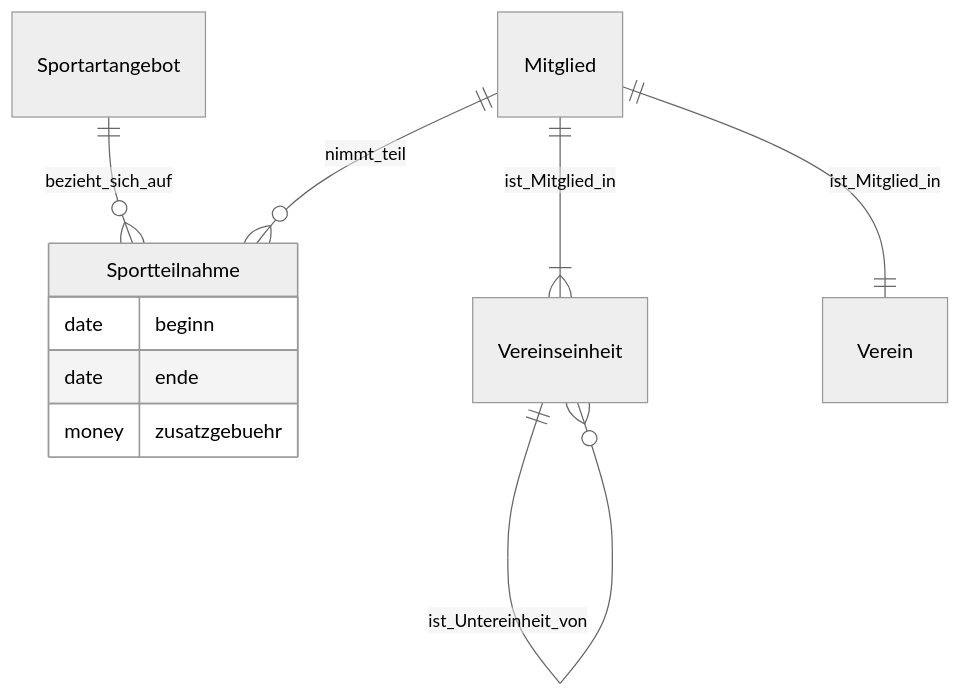
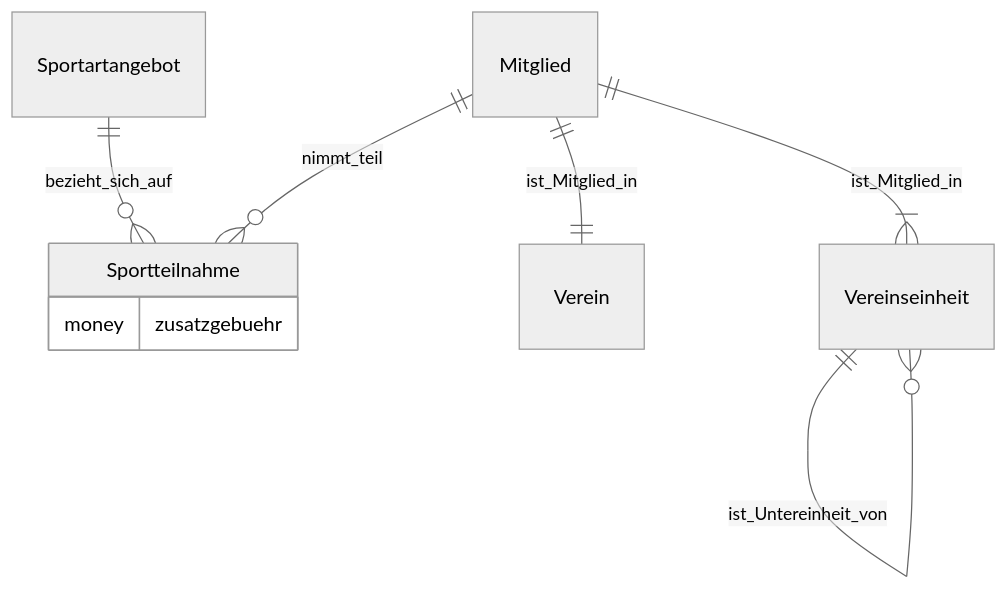
The diagram in documentation/datamodel.md (Lehrstuhl-BWL-EvIS/sportyweb), drawn with Mermaid (neutral theme) before and after one commit.

Commit message:
Revised datamodel.md

````diff
--- a/documentation/datamodel.md
+++ b/documentation/datamodel.md
@@ -22,13 +22,11 @@
 ```mermaid
 erDiagram
 	Mitglied ||--o{ Sportteilnahme : nimmt_teil
 	Sportartangebot ||--o{ Sportteilnahme : bezieht_sich_auf
 	Sportteilnahme {
-		date beginn
-		date ende
 		money zusatzgebuehr
 	}
+	Mitglied ||--|| Verein : ist_Mitglied_in
 	Mitglied ||--|{ Vereinseinheit : ist_Mitglied_in
   Vereinseinheit ||--o{ Vereinseinheit : ist_Untereinheit_von
-	Mitglied ||--|| Verein : ist_Mitglied_in
 ```
````
